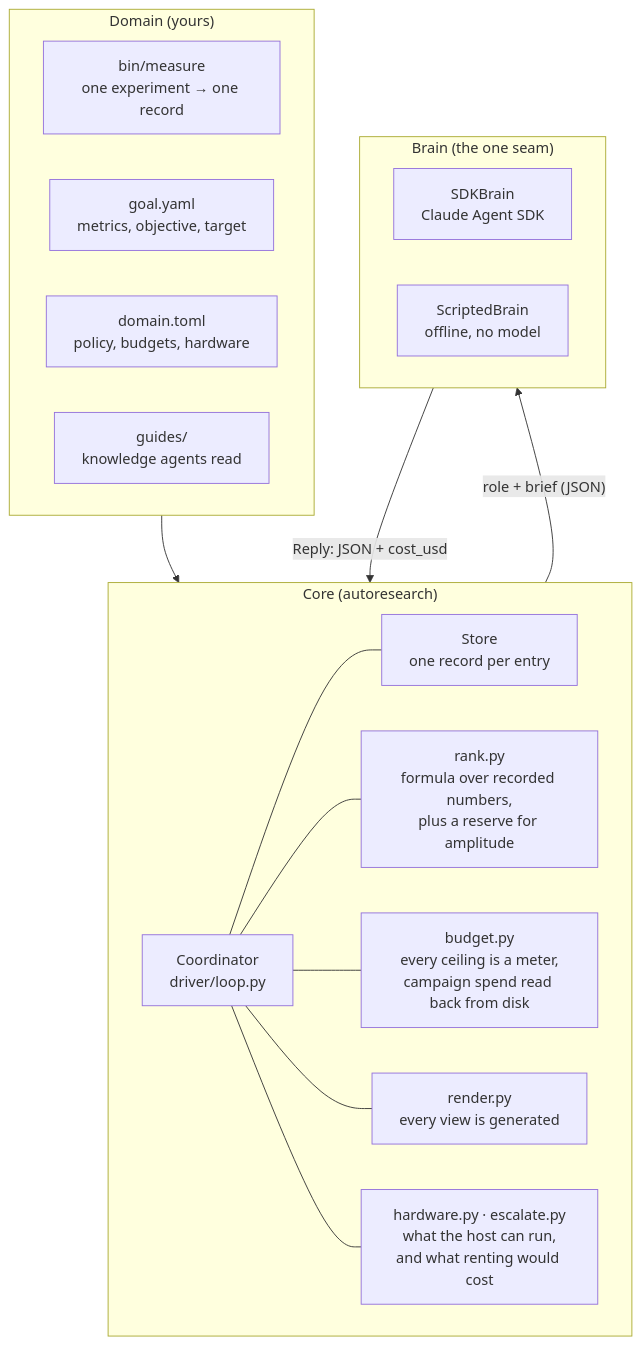
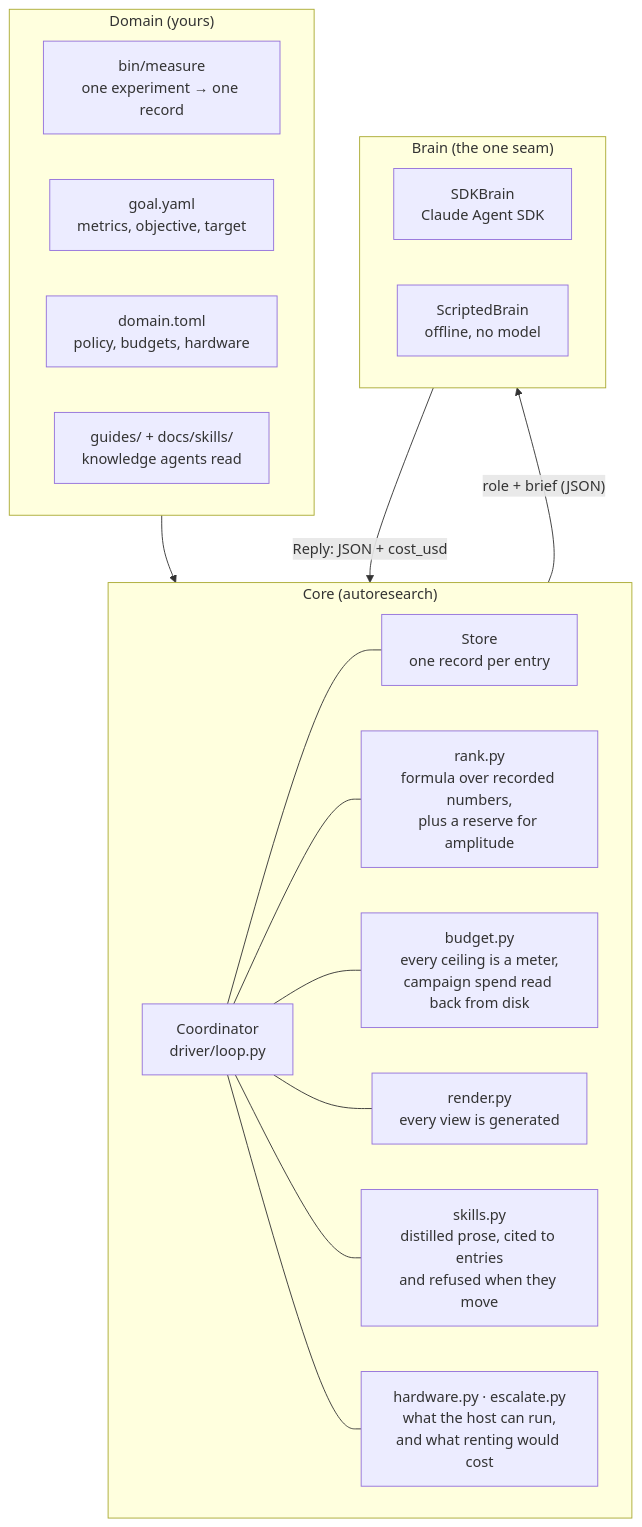
The first of 6 diagrams in docs/ARCHITECTURE.md (Ryun1/auto-research-toolkit), drawn with Mermaid before and after one commit. The commit also changed other lines of this file and 17 other files, not shown here.

````diff
--- a/docs/ARCHITECTURE.md
+++ b/docs/ARCHITECTURE.md
@@ -18,35 +18,37 @@
 ```mermaid
 flowchart TB
     subgraph domain["Domain (yours)"]
         direction LR
         measure["bin/measure<br/>one experiment → one record"]
         goal["goal.yaml<br/>metrics, objective, target"]
         policy["domain.toml<br/>policy, budgets, hardware"]
-        guides["guides/<br/>knowledge agents read"]
+        guides["guides/ + docs/skills/<br/>knowledge agents read"]
     end
 
     subgraph core["Core (autoresearch)"]
         direction LR
         coord["Coordinator<br/>driver/loop.py"]
         store["Store<br/>one record per entry"]
         rank["rank.py<br/>formula over recorded numbers,<br/>plus a reserve for amplitude"]
         budget["budget.py<br/>every ceiling is a meter,<br/>campaign spend read back from disk"]
         render["render.py<br/>every view is generated"]
+        skills["skills.py<br/>distilled prose, cited to entries<br/>and refused when they move"]
         hw["hardware.py · escalate.py<br/>what the host can run,<br/>and what renting would cost"]
     end
 
     subgraph brainlayer["Brain (the one seam)"]
         direction LR
         sdk["SDKBrain<br/>Claude Agent SDK"]
         scripted["ScriptedBrain<br/>offline, no model"]
     end
 
     domain --> core
     core -->|"role + brief (JSON)"| brainlayer
     brainlayer -->|"Reply: JSON + cost_usd"| core
     coord --- store
     coord --- rank
     coord --- budget
     coord --- render
+    coord --- skills
     coord --- hw
 ```
````
